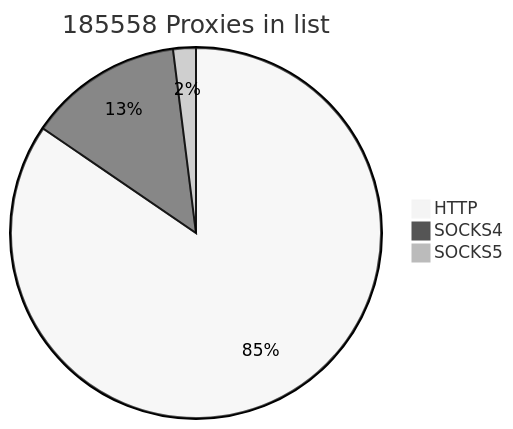
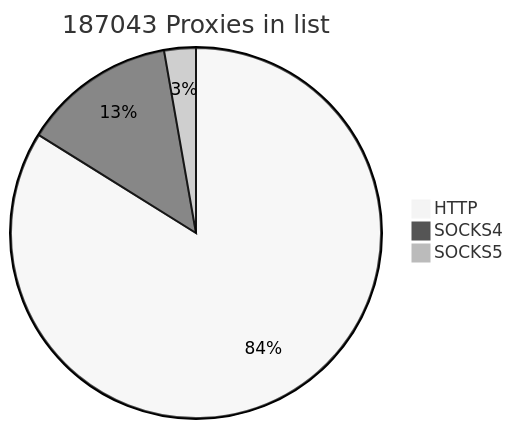
One commit to cutipu/proxylist changed the first of 2 diagrams in README.md. Above: the diagram before and after it, drawn with Mermaid (neutral theme). The commit also changed other lines of this file, not shown here.

````diff
--- a/README.md
+++ b/README.md
@@ -2,7 +2,7 @@
 ```mermaid
-pie title 185558 Proxies in list
-    "HTTP" : 156881
-    "SOCKS4" : 24991
-    "SOCKS5" : 3686
+pie title 187043 Proxies in list
+    "HTTP" : 156882
+    "SOCKS4" : 24992
+    "SOCKS5" : 5169
             
 ```
````
